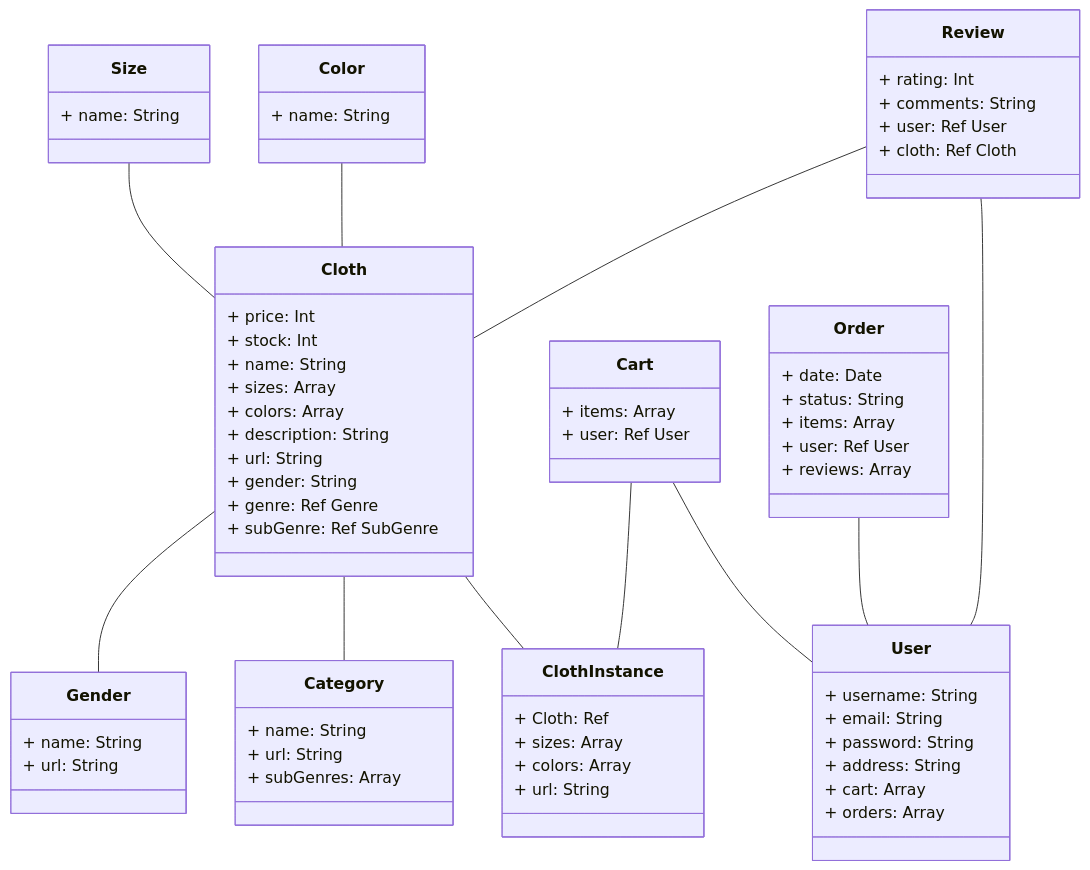
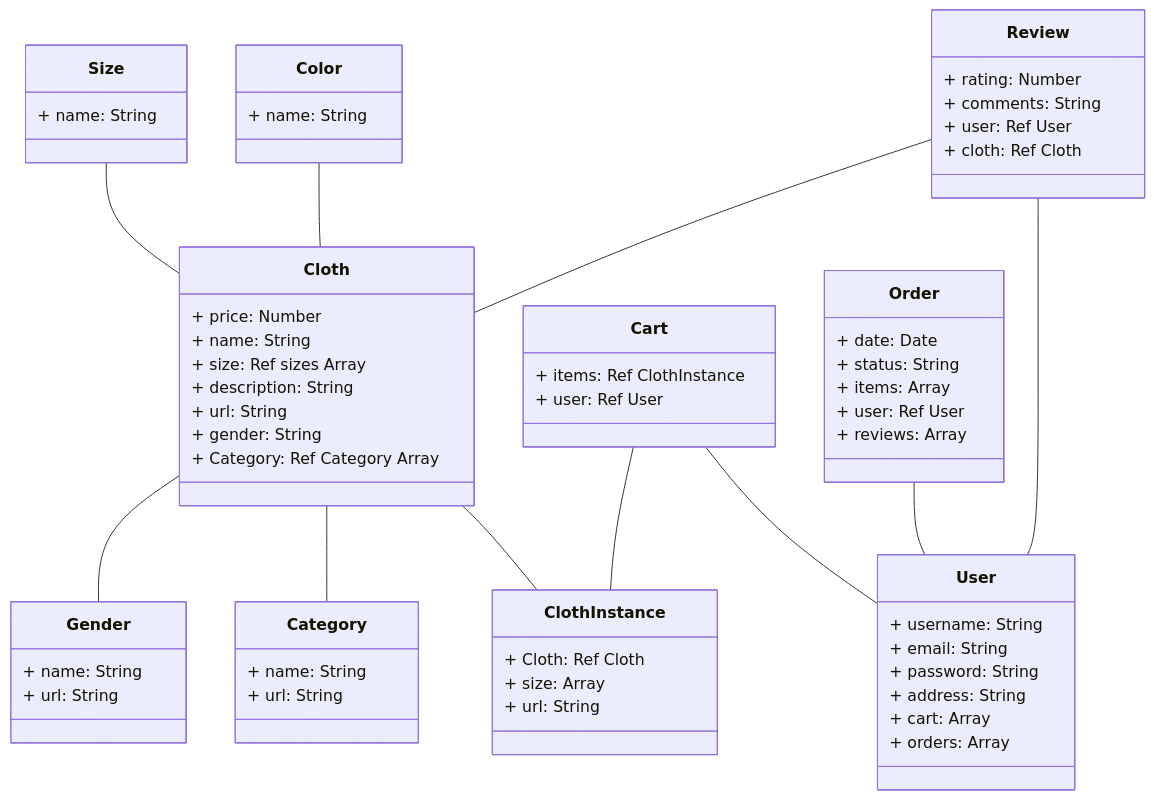
One commit to aScHEABL/inventory-application changed the diagram in README.md. Above: the diagram before and after it, drawn with Mermaid. The commit also changed 4 other files, not shown here.

````diff
--- a/README.md
+++ b/README.md
@@ -2,82 +2,77 @@
 ```mermaid
 classDiagram
     Cloth -- ClothInstance
     Cloth -- Category
     Cloth -- Gender
     Size -- Cloth
     Color -- Cloth
     Cart -- User
     Order -- User
     Review -- User
     Review -- Cloth
     Cart -- ClothInstance
 
     class Cloth {
-        + price: Int
-        + stock: Int
+        + price: Number
         + name: String
-        + sizes: Array<String>
-        + colors: Array<String>
+        + size: Ref sizes Array<String>
         + description: String
         + url: String
         + gender: String
-        + genre: Ref Genre
-        + subGenre: Ref SubGenre
+        + Category: Ref Category Array<String>
     }
 
     class ClothInstance {
-        + Cloth: Ref
-        + sizes: Array<String>
-        + colors: Array<String>
+        + Cloth: Ref Cloth
+        + size: Array<String>
         + url: String
     }
 
     class Category {
         + name: String
         + url: String
-        + subGenres: Array<Ref SubGenre>
     }
 
     class Gender {
         + name: String
         + url: String
     }
 
     class Size {
         + name: String
     }
 
     class Color {
         + name: String
     }
 
     class User {
         + username: String
         + email: String
         + password: String
         + address: String
         + cart: Array<Ref Cart>
         + orders: Array<Ref Order>
     }
 
     class Order {
         + date: Date
         + status: String
         + items: Array<Ref ClothInstance>
         + user: Ref User
         + reviews: Array<Ref Review>
     }
 
     class Review {
-        + rating: Int
+        + rating: Number
         + comments: String
         + user: Ref User
         + cloth: Ref Cloth
     }
 
     class Cart {
-        + items: Array<Ref ClothInstance>
+        + items: Ref ClothInstance<Array>
         + user: Ref User
     }
 
 ```
````
